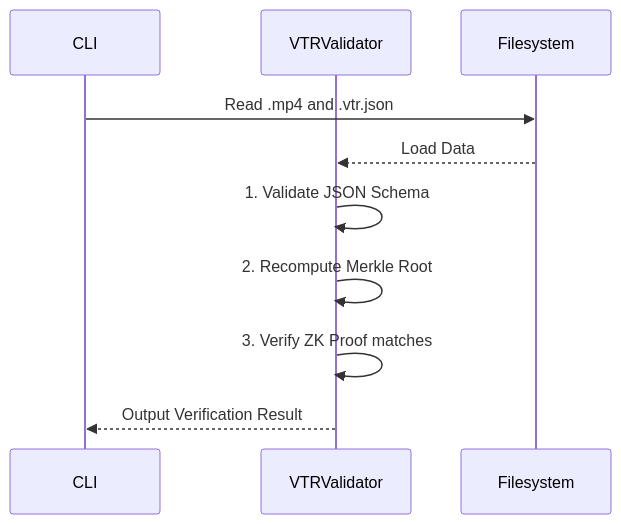
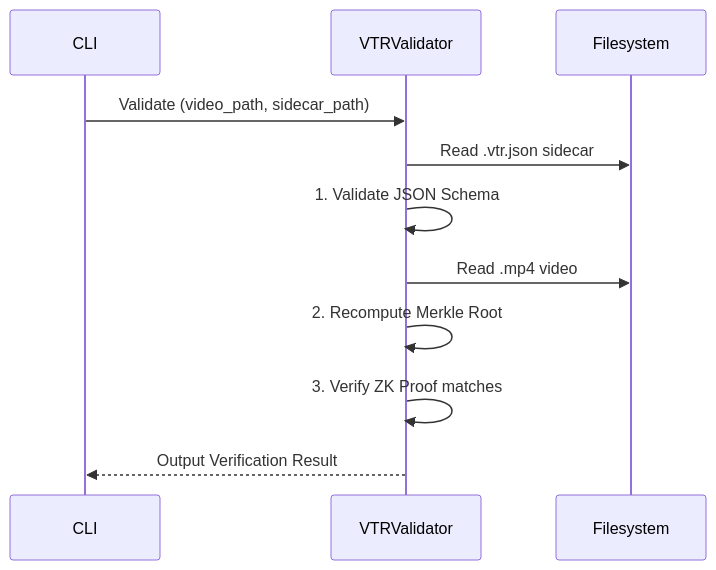
One commit to MnemOnicE/vtr-standard changed the fourth of 4 diagrams in README.md. Above: the diagram before and after it, drawn with Mermaid.

````diff
--- a/README.md
+++ b/README.md
@@ -142,13 +142,14 @@
 ```mermaid
 sequenceDiagram
     participant CLI
     participant VTRValidator
     participant Filesystem
 
-    CLI->>Filesystem: Read .mp4 and .vtr.json
-    Filesystem-->>VTRValidator: Load Data
+    CLI->>VTRValidator: Validate (video_path, sidecar_path)
+    VTRValidator->>Filesystem: Read .vtr.json sidecar
     VTRValidator->>VTRValidator: 1. Validate JSON Schema
+    VTRValidator->>Filesystem: Read .mp4 video
     VTRValidator->>VTRValidator: 2. Recompute Merkle Root
     VTRValidator->>VTRValidator: 3. Verify ZK Proof matches
     VTRValidator-->>CLI: Output Verification Result
 ```
````
